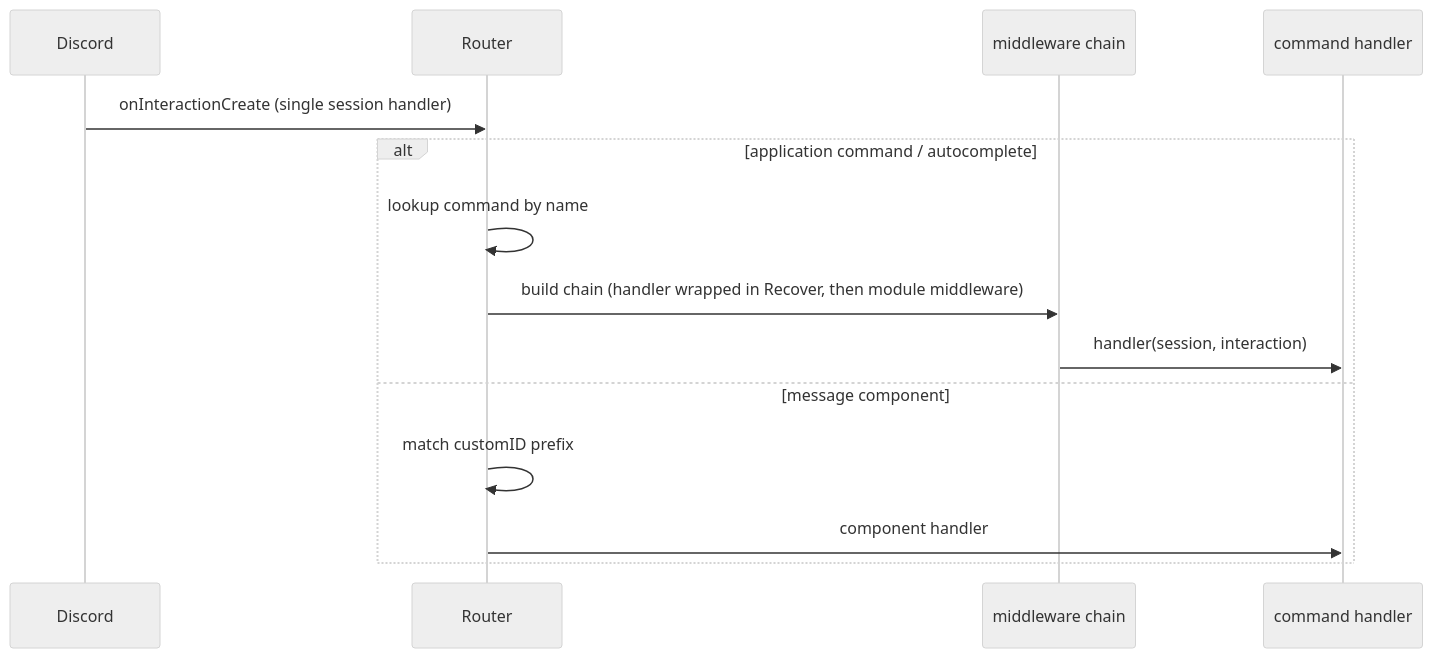
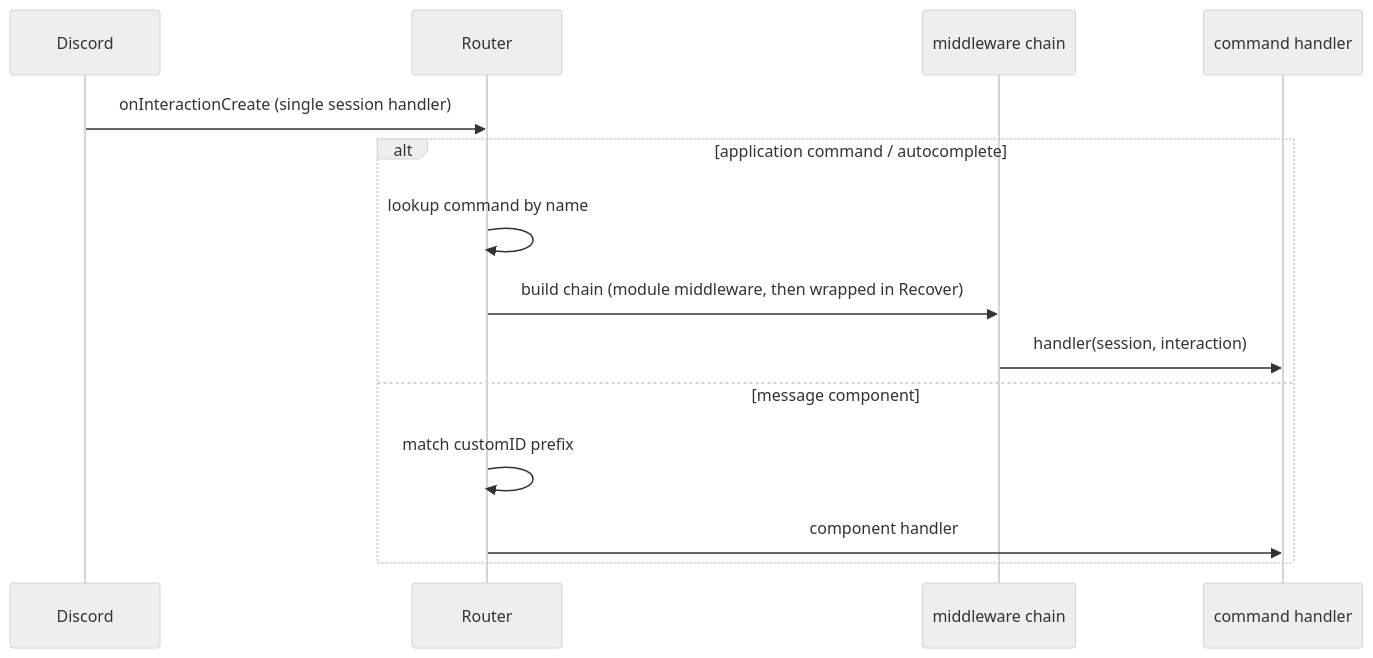
Before and after one commit to toksikk/gidbig: the diagram in docs/modules/bot.md, drawn with Mermaid (neutral theme). The commit also changed other lines of this file and 6 other files, not shown here.

````diff
--- a/docs/modules/bot.md
+++ b/docs/modules/bot.md
@@ -16,17 +16,17 @@
 ```mermaid
 sequenceDiagram
     participant D as Discord
     participant R as Router
     participant MW as middleware chain
     participant H as command handler
 
     D->>R: onInteractionCreate (single session handler)
     alt application command / autocomplete
         R->>R: lookup command by name
-        R->>MW: build chain (handler wrapped in Recover, then module middleware)
+        R->>MW: build chain (module middleware, then wrapped in Recover)
         MW->>H: handler(session, interaction)
     else message component
         R->>R: match customID prefix
         R->>H: component handler
     end
 ```
````
